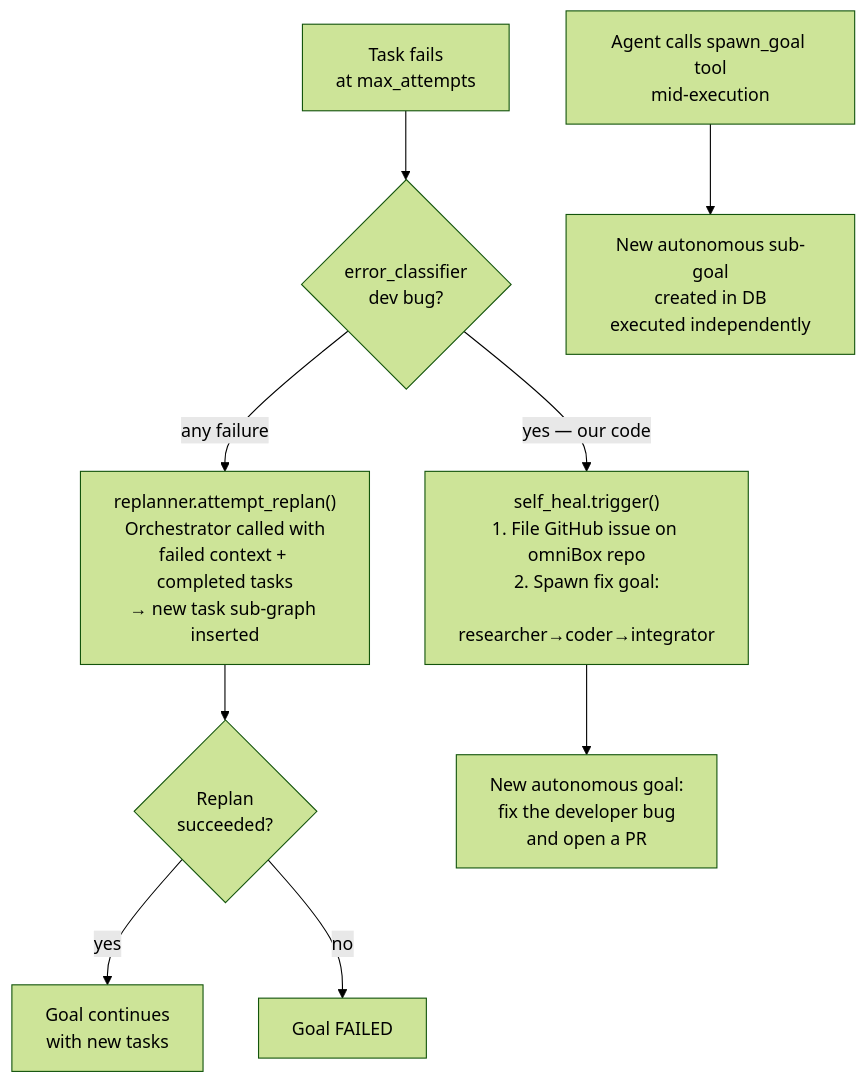
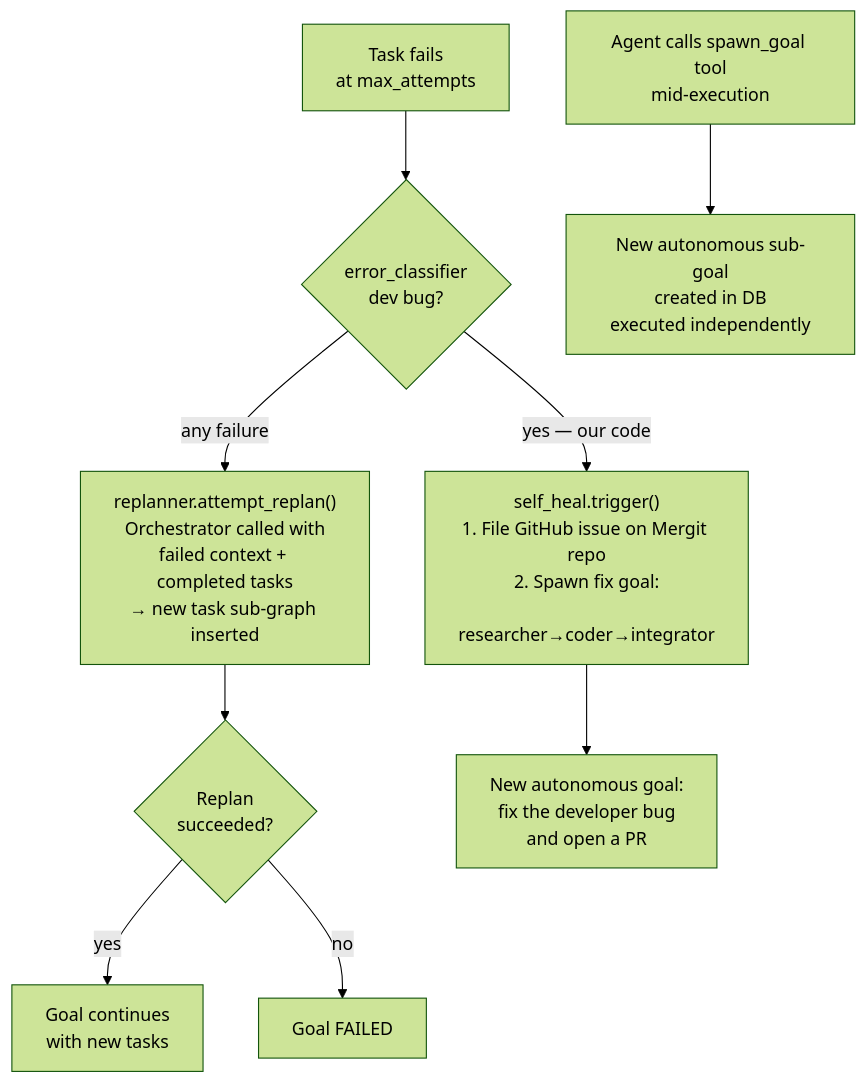
Before and after one commit to mergit-io/Mergit-proto: the fifth of 5 diagrams in ARCHITECTURE.md, drawn with Mermaid (forest theme). The commit also changed other lines of this file and 24 other files, not shown here.

First line of the commit message:
Migrate remaining omniBox → Mergit across backend, infra, and docs

````diff
--- a/ARCHITECTURE.md
+++ b/ARCHITECTURE.md
@@ -294,25 +294,25 @@
 ```mermaid
 flowchart TD
     TaskFail["Task fails\nat max_attempts"]
 
     ErrClass{"error_classifier\ndev bug?"}
     Replan["replanner.attempt_replan()\nOrchestrator called with\nfailed context + completed tasks\n→ new task sub-graph inserted"]
-    SelfHeal["self_heal.trigger()\n1. File GitHub issue on omniBox repo\n2. Spawn fix goal:\n   researcher→coder→integrator"]
+    SelfHeal["self_heal.trigger()\n1. File GitHub issue on Mergit repo\n2. Spawn fix goal:\n   researcher→coder→integrator"]
 
     ReplanOK{"Replan\nsucceeded?"}
     GoalFail["Goal FAILED"]
     GoalContinues["Goal continues\nwith new tasks"]
     FixGoal["New autonomous goal:\nfix the developer bug\nand open a PR"]
 
     TaskFail --> ErrClass
     ErrClass -->|"yes — our code"| SelfHeal
     ErrClass -->|"any failure"| Replan
     Replan --> ReplanOK
     ReplanOK -->|"yes"| GoalContinues
     ReplanOK -->|"no"| GoalFail
     SelfHeal --> FixGoal
 
     SpawnGoal["Agent calls spawn_goal tool\nmid-execution"]
     SubGoal["New autonomous sub-goal\ncreated in DB\nexecuted independently"]
     SpawnGoal --> SubGoal
 ```
````
